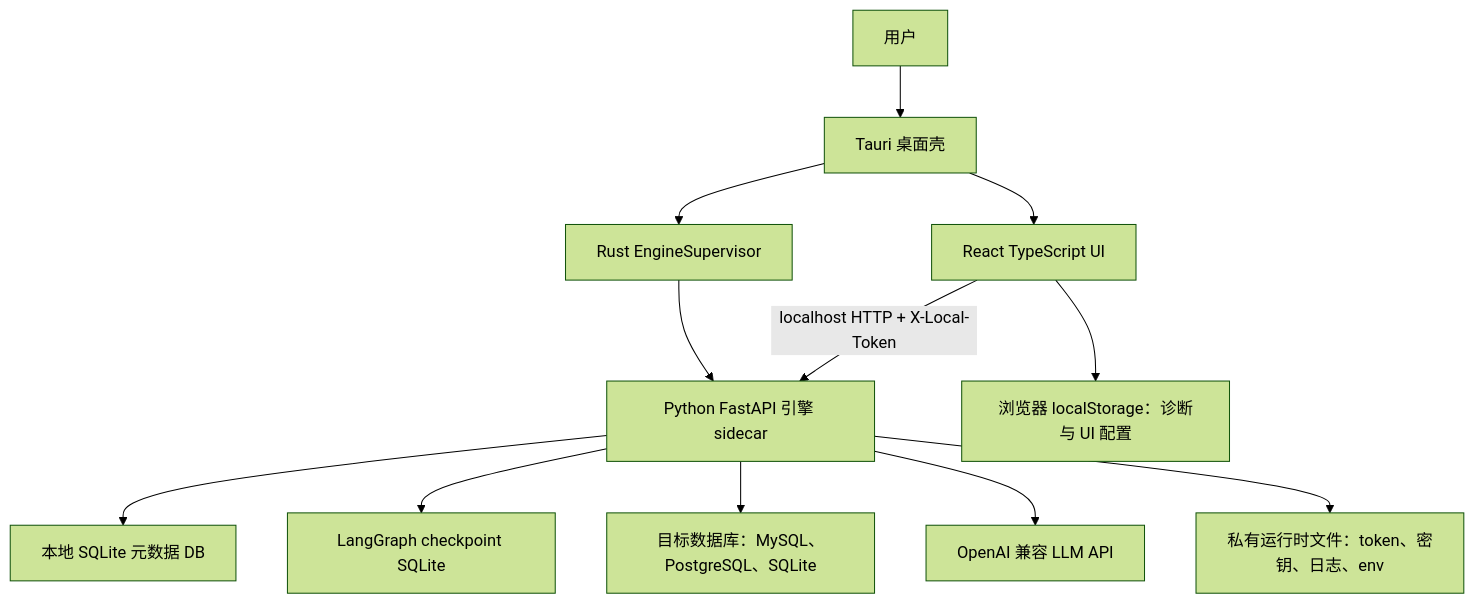
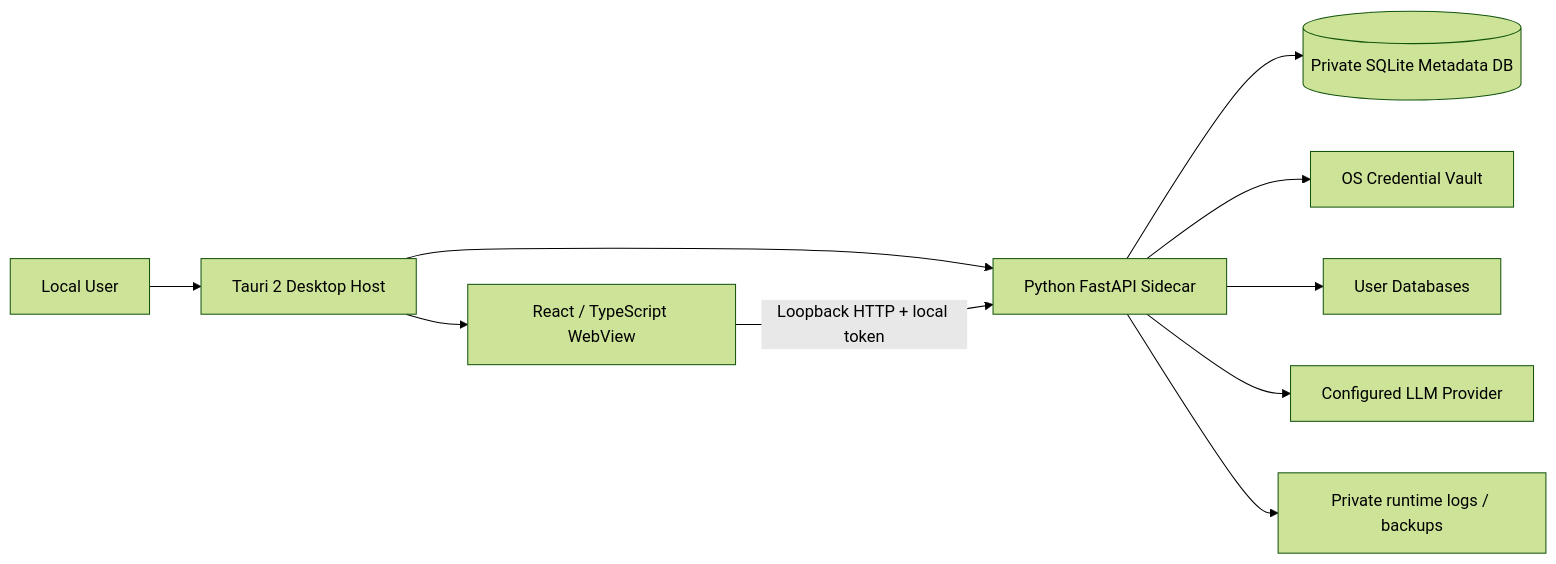
One commit to trrueee/DBFox changed the first of 5 diagrams in docs/architecture-design-document.md. Above: the diagram before and after it, drawn with Mermaid (forest theme). The commit also changed other lines of this file and 24 other files, not shown here.

````diff
--- a/docs/architecture-design-document.md
+++ b/docs/architecture-design-document.md
@@ -101,14 +48,12 @@
 ```mermaid
-flowchart TD
-  User["用户"] --> Tauri["Tauri 桌面壳"]
-  Tauri --> React["React TypeScript UI"]
-  Tauri --> Supervisor["Rust EngineSupervisor"]
-  Supervisor --> Engine["Python FastAPI 引擎 sidecar"]
-  React -->|localhost HTTP + X-Local-Token| Engine
-  Engine --> MetaDB["本地 SQLite 元数据 DB"]
-  Engine --> CheckpointDB["LangGraph checkpoint SQLite"]
-  Engine --> TargetDB["目标数据库：MySQL、PostgreSQL、SQLite"]
-  Engine --> LLM["OpenAI 兼容 LLM API"]
-  Engine --> RuntimeFiles["私有运行时文件：token、密钥、日志、env"]
-  React --> LocalStorage["浏览器 localStorage：诊断与 UI 配置"]
+flowchart LR
+    USER["Local User"] --> TAURI["Tauri 2 Desktop Host"]
+    TAURI --> WEBVIEW["React / TypeScript WebView"]
+    TAURI --> SIDECAR["Python FastAPI Sidecar"]
+    WEBVIEW -->|"Loopback HTTP + local token"| SIDECAR
+    SIDECAR --> META[("Private SQLite Metadata DB")]
+    SIDECAR --> VAULT["OS Credential Vault"]
+    SIDECAR --> DB["User Databases"]
+    SIDECAR --> LLM["Configured LLM Provider"]
+    SIDECAR --> FILES["Private runtime logs / backups"]
 ```
````
